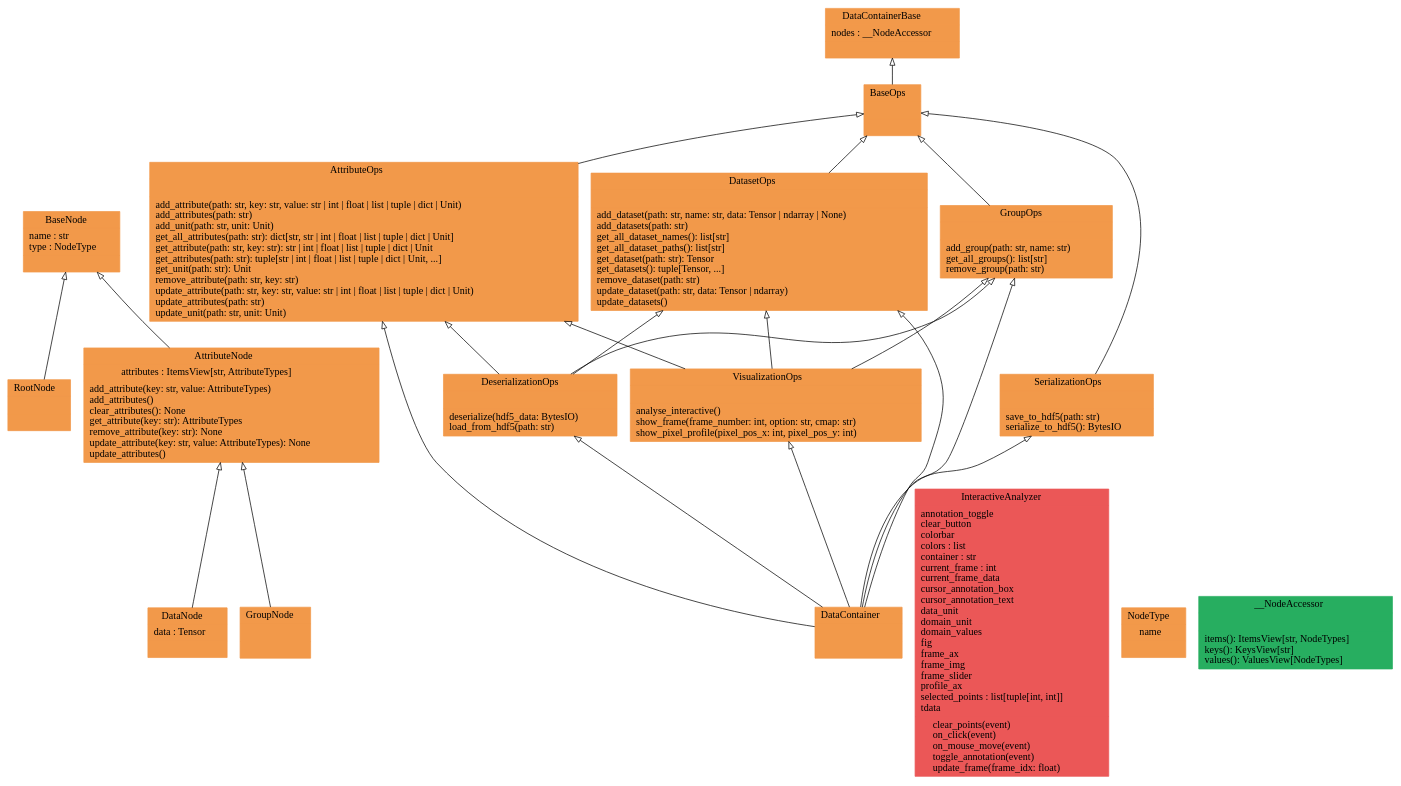
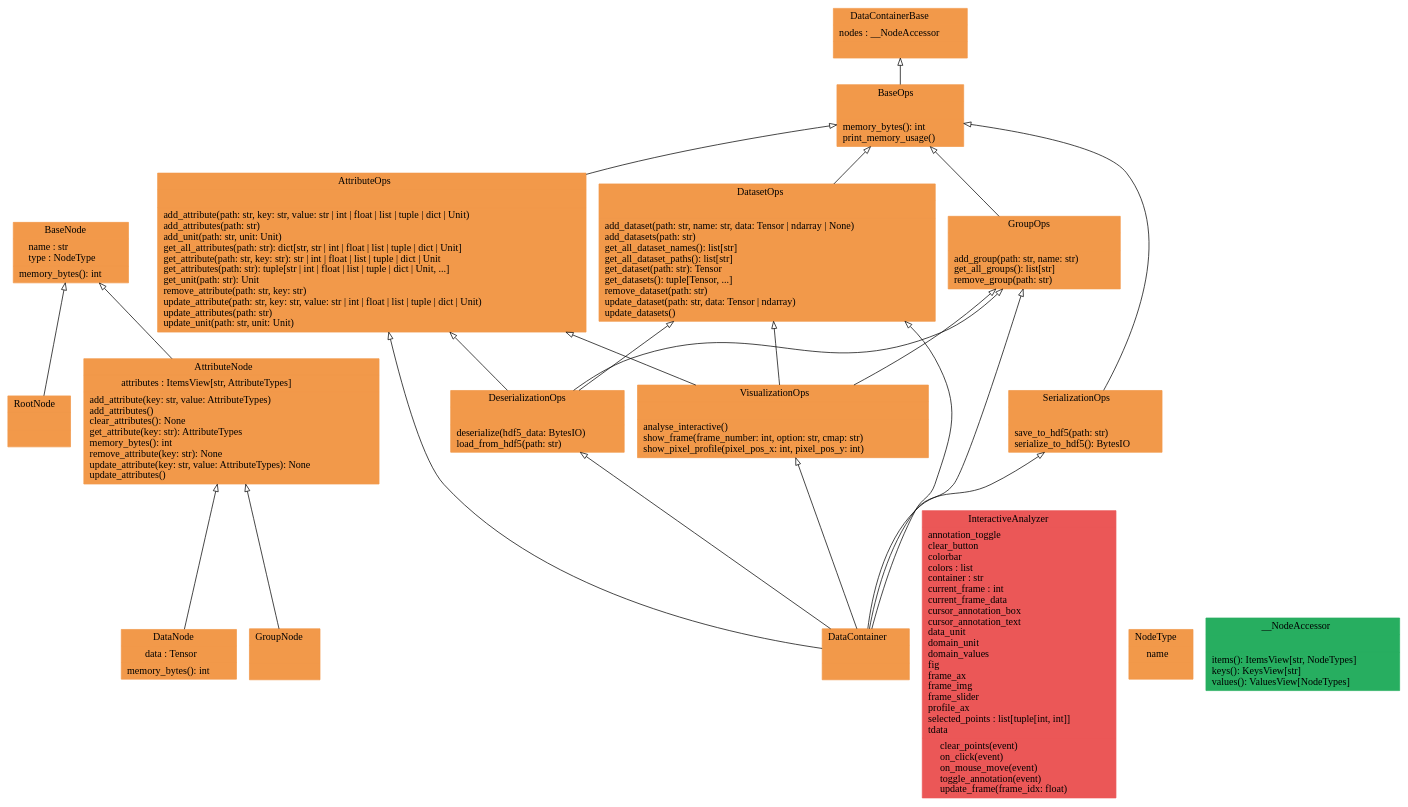
The diagram in docs/pyreverse/graphviz/classes_pythermondt.data.datacontainer.gv (voidsy-gmbh/pyThermoNDT), drawn with Graphviz before and after one commit. The commit also changed 26 other files, not shown here.

```diff
--- a/docs/pyreverse/graphviz/classes_pythermondt.data.datacontainer.gv
+++ b/docs/pyreverse/graphviz/classes_pythermondt.data.datacontainer.gv
@@ -1,42 +1,42 @@
 digraph "classes_pythermondt.data.datacontainer" {
 rankdir=BT
 charset="utf-8"
-"pythermondt.data.datacontainer.node.AttributeNode" [color="#F2994A", fontcolor="black", label=<{AttributeNode|attributes : ItemsView[str, AttributeTypes]<br ALIGN="LEFT"/>|add_attribute(key: str, value: AttributeTypes)<br ALIGN="LEFT"/>add_attributes()<br ALIGN="LEFT"/>clear_attributes(): None<br ALIGN="LEFT"/>get_attribute(key: str): AttributeTypes<br ALIGN="LEFT"/>remove_attribute(key: str): None<br ALIGN="LEFT"/>update_attribute(key: str, value: AttributeTypes): None<br ALIGN="LEFT"/>update_attributes()<br ALIGN="LEFT"/>}>, shape="record", style="filled"];
+"pythermondt.data.datacontainer.node.AttributeNode" [color="#F2994A", fontcolor="black", label=<{AttributeNode|attributes : ItemsView[str, AttributeTypes]<br ALIGN="LEFT"/>|add_attribute(key: str, value: AttributeTypes)<br ALIGN="LEFT"/>add_attributes()<br ALIGN="LEFT"/>clear_attributes(): None<br ALIGN="LEFT"/>get_attribute(key: str): AttributeTypes<br ALIGN="LEFT"/>memory_bytes(): int<br ALIGN="LEFT"/>remove_attribute(key: str): None<br ALIGN="LEFT"/>update_attribute(key: str, value: AttributeTypes): None<br ALIGN="LEFT"/>update_attributes()<br ALIGN="LEFT"/>}>, shape="record", style="filled"];
 "pythermondt.data.datacontainer.attribute_ops.AttributeOps" [color="#F2994A", fontcolor="black", label=<{AttributeOps|<br ALIGN="LEFT"/>|add_attribute(path: str, key: str, value: str \| int \| float \| list \| tuple \| dict \| Unit)<br ALIGN="LEFT"/>add_attributes(path: str)<br ALIGN="LEFT"/>add_unit(path: str, unit: Unit)<br ALIGN="LEFT"/>get_all_attributes(path: str): dict[str, str \| int \| float \| list \| tuple \| dict \| Unit]<br ALIGN="LEFT"/>get_attribute(path: str, key: str): str \| int \| float \| list \| tuple \| dict \| Unit<br ALIGN="LEFT"/>get_attributes(path: str): tuple[str \| int \| float \| list \| tuple \| dict \| Unit, ...]<br ALIGN="LEFT"/>get_unit(path: str): Unit<br ALIGN="LEFT"/>remove_attribute(path: str, key: str)<br ALIGN="LEFT"/>update_attribute(path: str, key: str, value: str \| int \| float \| list \| tuple \| dict \| Unit)<br ALIGN="LEFT"/>update_attributes(path: str)<br ALIGN="LEFT"/>update_unit(path: str, unit: Unit)<br ALIGN="LEFT"/>}>, shape="record", style="filled"];
-"pythermondt.data.datacontainer.node.BaseNode" [color="#F2994A", fontcolor="black", label=<{BaseNode|name : str<br ALIGN="LEFT"/>type : NodeType<br ALIGN="LEFT"/>|}>, shape="record", style="filled"];
-"pythermondt.data.datacontainer.base.BaseOps" [color="#F2994A", fontcolor="black", label=<{BaseOps|<br ALIGN="LEFT"/>|}>, shape="record", style="filled"];
+"pythermondt.data.datacontainer.node.BaseNode" [color="#F2994A", fontcolor="black", label=<{BaseNode|name : str<br ALIGN="LEFT"/>type : NodeType<br ALIGN="LEFT"/>|memory_bytes(): int<br ALIGN="LEFT"/>}>, shape="record", style="filled"];
+"pythermondt.data.datacontainer.base.BaseOps" [color="#F2994A", fontcolor="black", label=<{BaseOps|<br ALIGN="LEFT"/>|memory_bytes(): int<br ALIGN="LEFT"/>print_memory_usage()<br ALIGN="LEFT"/>}>, shape="record", style="filled"];
 "pythermondt.data.datacontainer.core.DataContainer" [color="#F2994A", fontcolor="black", label=<{DataContainer|<br ALIGN="LEFT"/>|}>, shape="record", style="filled"];
 "pythermondt.data.datacontainer.base.DataContainerBase" [color="#F2994A", fontcolor="black", label=<{DataContainerBase|nodes : __NodeAccessor<br ALIGN="LEFT"/>|}>, shape="record", style="filled"];
-"pythermondt.data.datacontainer.node.DataNode" [color="#F2994A", fontcolor="black", label=<{DataNode|data : Tensor<br ALIGN="LEFT"/>|}>, shape="record", style="filled"];
+"pythermondt.data.datacontainer.node.DataNode" [color="#F2994A", fontcolor="black", label=<{DataNode|data : Tensor<br ALIGN="LEFT"/>|memory_bytes(): int<br ALIGN="LEFT"/>}>, shape="record", style="filled"];
 "pythermondt.data.datacontainer.dataset_ops.DatasetOps" [color="#F2994A", fontcolor="black", label=<{DatasetOps|<br ALIGN="LEFT"/>|add_dataset(path: str, name: str, data: Tensor \| ndarray \| None)<br ALIGN="LEFT"/>add_datasets(path: str)<br ALIGN="LEFT"/>get_all_dataset_names(): list[str]<br ALIGN="LEFT"/>get_all_dataset_paths(): list[str]<br ALIGN="LEFT"/>get_dataset(path: str): Tensor<br ALIGN="LEFT"/>get_datasets(): tuple[Tensor, ...]<br ALIGN="LEFT"/>remove_dataset(path: str)<br ALIGN="LEFT"/>update_dataset(path: str, data: Tensor \| ndarray)<br ALIGN="LEFT"/>update_datasets()<br ALIGN="LEFT"/>}>, shape="record", style="filled"];
 "pythermondt.data.datacontainer.serialization_ops.DeserializationOps" [color="#F2994A", fontcolor="black", label=<{DeserializationOps|<br ALIGN="LEFT"/>|deserialize(hdf5_data: BytesIO)<br ALIGN="LEFT"/>load_from_hdf5(path: str)<br ALIGN="LEFT"/>}>, shape="record", style="filled"];
 "pythermondt.data.datacontainer.node.GroupNode" [color="#F2994A", fontcolor="black", label=<{GroupNode|<br ALIGN="LEFT"/>|}>, shape="record", style="filled"];
 "pythermondt.data.datacontainer.group_ops.GroupOps" [color="#F2994A", fontcolor="black", label=<{GroupOps|<br ALIGN="LEFT"/>|add_group(path: str, name: str)<br ALIGN="LEFT"/>get_all_groups(): list[str]<br ALIGN="LEFT"/>remove_group(path: str)<br ALIGN="LEFT"/>}>, shape="record", style="filled"];
 "pythermondt.data.datacontainer.visualization_ops.VisualizationOps.InteractiveAnalyzer" [color="#EB5757", fontcolor="black", label=<{InteractiveAnalyzer|annotation_toggle<br ALIGN="LEFT"/>clear_button<br ALIGN="LEFT"/>colorbar<br ALIGN="LEFT"/>colors : list<br ALIGN="LEFT"/>container : str<br ALIGN="LEFT"/>current_frame : int<br ALIGN="LEFT"/>current_frame_data<br ALIGN="LEFT"/>cursor_annotation_box<br ALIGN="LEFT"/>cursor_annotation_text<br ALIGN="LEFT"/>data_unit<br ALIGN="LEFT"/>domain_unit<br ALIGN="LEFT"/>domain_values<br ALIGN="LEFT"/>fig<br ALIGN="LEFT"/>frame_ax<br ALIGN="LEFT"/>frame_img<br ALIGN="LEFT"/>frame_slider<br ALIGN="LEFT"/>profile_ax<br ALIGN="LEFT"/>selected_points : list[tuple[int, int]]<br ALIGN="LEFT"/>tdata<br ALIGN="LEFT"/>|clear_points(event)<br ALIGN="LEFT"/>on_click(event)<br ALIGN="LEFT"/>on_mouse_move(event)<br ALIGN="LEFT"/>toggle_annotation(event)<br ALIGN="LEFT"/>update_frame(frame_idx: float)<br ALIGN="LEFT"/>}>, shape="record", style="filled"];
 "pythermondt.data.datacontainer.node.NodeType" [color="#F2994A", fontcolor="black", label=<{NodeType|name<br ALIGN="LEFT"/>|}>, shape="record", style="filled"];
 "pythermondt.data.datacontainer.node.RootNode" [color="#F2994A", fontcolor="black", label=<{RootNode|<br ALIGN="LEFT"/>|}>, shape="record", style="filled"];
 "pythermondt.data.datacontainer.serialization_ops.SerializationOps" [color="#F2994A", fontcolor="black", label=<{SerializationOps|<br ALIGN="LEFT"/>|save_to_hdf5(path: str)<br ALIGN="LEFT"/>serialize_to_hdf5(): BytesIO<br ALIGN="LEFT"/>}>, shape="record", style="filled"];
 "pythermondt.data.datacontainer.visualization_ops.VisualizationOps" [color="#F2994A", fontcolor="black", label=<{VisualizationOps|<br ALIGN="LEFT"/>|analyse_interactive()<br ALIGN="LEFT"/>show_frame(frame_number: int, option: str, cmap: str)<br ALIGN="LEFT"/>show_pixel_profile(pixel_pos_x: int, pixel_pos_y: int)<br ALIGN="LEFT"/>}>, shape="record", style="filled"];
 "pythermondt.data.datacontainer.base.DataContainerBase.__NodeAccessor" [color="#27AE60", fontcolor="black", label=<{__NodeAccessor|<br ALIGN="LEFT"/>|items(): ItemsView[str, NodeTypes]<br ALIGN="LEFT"/>keys(): KeysView[str]<br ALIGN="LEFT"/>values(): ValuesView[NodeTypes]<br ALIGN="LEFT"/>}>, shape="record", style="filled"];
 "pythermondt.data.datacontainer.attribute_ops.AttributeOps" -> "pythermondt.data.datacontainer.base.BaseOps" [arrowhead="empty", arrowtail="none"];
 "pythermondt.data.datacontainer.base.BaseOps" -> "pythermondt.data.datacontainer.base.DataContainerBase" [arrowhead="empty", arrowtail="none"];
 "pythermondt.data.datacontainer.core.DataContainer" -> "pythermondt.data.datacontainer.attribute_ops.AttributeOps" [arrowhead="empty", arrowtail="none"];
 "pythermondt.data.datacontainer.core.DataContainer" -> "pythermondt.data.datacontainer.dataset_ops.DatasetOps" [arrowhead="empty", arrowtail="none"];
 "pythermondt.data.datacontainer.core.DataContainer" -> "pythermondt.data.datacontainer.group_ops.GroupOps" [arrowhead="empty", arrowtail="none"];
 "pythermondt.data.datacontainer.core.DataContainer" -> "pythermondt.data.datacontainer.serialization_ops.DeserializationOps" [arrowhead="empty", arrowtail="none"];
 "pythermondt.data.datacontainer.core.DataContainer" -> "pythermondt.data.datacontainer.serialization_ops.SerializationOps" [arrowhead="empty", arrowtail="none"];
 "pythermondt.data.datacontainer.core.DataContainer" -> "pythermondt.data.datacontainer.visualization_ops.VisualizationOps" [arrowhead="empty", arrowtail="none"];
 "pythermondt.data.datacontainer.dataset_ops.DatasetOps" -> "pythermondt.data.datacontainer.base.BaseOps" [arrowhead="empty", arrowtail="none"];
 "pythermondt.data.datacontainer.group_ops.GroupOps" -> "pythermondt.data.datacontainer.base.BaseOps" [arrowhead="empty", arrowtail="none"];
 "pythermondt.data.datacontainer.node.AttributeNode" -> "pythermondt.data.datacontainer.node.BaseNode" [arrowhead="empty", arrowtail="none"];
 "pythermondt.data.datacontainer.node.DataNode" -> "pythermondt.data.datacontainer.node.AttributeNode" [arrowhead="empty", arrowtail="none"];
 "pythermondt.data.datacontainer.node.GroupNode" -> "pythermondt.data.datacontainer.node.AttributeNode" [arrowhead="empty", arrowtail="none"];
 "pythermondt.data.datacontainer.node.RootNode" -> "pythermondt.data.datacontainer.node.BaseNode" [arrowhead="empty", arrowtail="none"];
 "pythermondt.data.datacontainer.serialization_ops.DeserializationOps" -> "pythermondt.data.datacontainer.attribute_ops.AttributeOps" [arrowhead="empty", arrowtail="none"];
 "pythermondt.data.datacontainer.serialization_ops.DeserializationOps" -> "pythermondt.data.datacontainer.dataset_ops.DatasetOps" [arrowhead="empty", arrowtail="none"];
 "pythermondt.data.datacontainer.serialization_ops.DeserializationOps" -> "pythermondt.data.datacontainer.group_ops.GroupOps" [arrowhead="empty", arrowtail="none"];
 "pythermondt.data.datacontainer.serialization_ops.SerializationOps" -> "pythermondt.data.datacontainer.base.BaseOps" [arrowhead="empty", arrowtail="none"];
 "pythermondt.data.datacontainer.visualization_ops.VisualizationOps" -> "pythermondt.data.datacontainer.attribute_ops.AttributeOps" [arrowhead="empty", arrowtail="none"];
 "pythermondt.data.datacontainer.visualization_ops.VisualizationOps" -> "pythermondt.data.datacontainer.dataset_ops.DatasetOps" [arrowhead="empty", arrowtail="none"];
 "pythermondt.data.datacontainer.visualization_ops.VisualizationOps" -> "pythermondt.data.datacontainer.group_ops.GroupOps" [arrowhead="empty", arrowtail="none"];
 }
```
